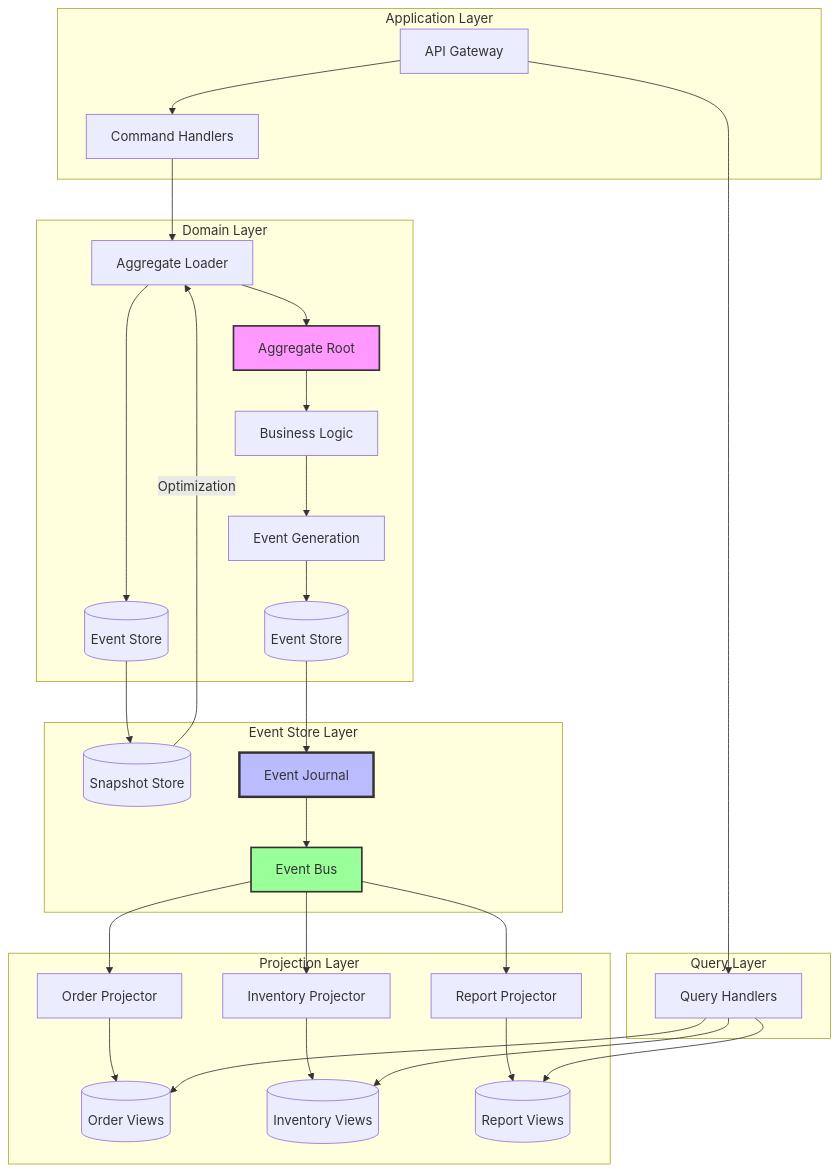
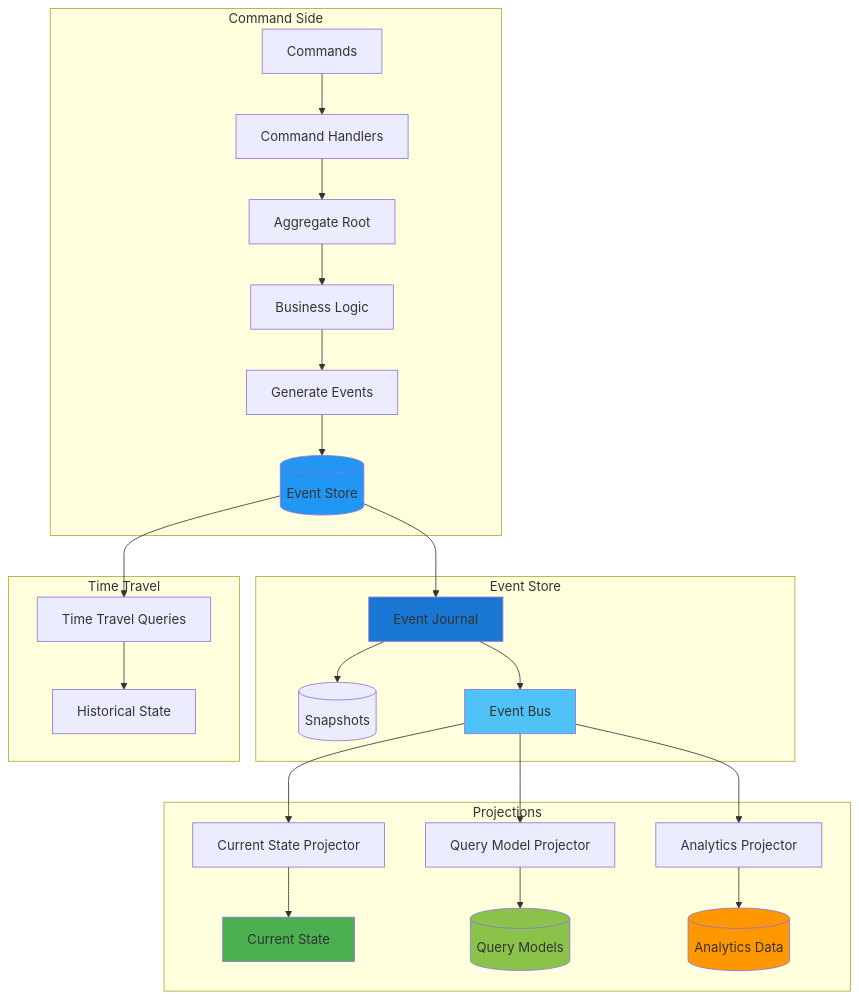
Before and after one commit to deepaucksharma/DStudio: the first of 7 diagrams in docs/patterns/event-sourcing.md, drawn with Mermaid. The commit also changed other lines of this file and 282 other files, not shown here.

````diff
--- a/docs/patterns/event-sourcing.md
+++ b/docs/patterns/event-sourcing.md
@@ -168,45 +54,38 @@
 ```mermaid
 graph TB
-    subgraph "Application Layer"
-        API[API Gateway]
-        API --> CH[Command Handlers]
+    subgraph "Command Side"
+        CMD[Commands] --> CH[Command Handlers]
+        CH --> AR[Aggregate Root]
+        AR --> BL[Business Logic]
+        BL --> EV[Generate Events]
+        EV --> ES[(Event Store)]
     end
     
-    subgraph "Domain Layer"
-        CH --> AL[Aggregate Loader]
-        AL --> ES1[(Event Store)]
-        AL --> AR[Aggregate Root]
-        AR --> BL[Business Logic]
-        BL --> EG[Event Generation]
-        EG --> ES2[(Event Store)]
+    subgraph "Event Store"
+        ES --> EJ[Event Journal]
+        EJ --> SS[(Snapshots)]
+        EJ --> EB[Event Bus]
     end
     
-    subgraph "Event Store Layer"
-        ES1 --> SS[(Snapshot Store)]
-        ES2 --> EJ[Event Journal]
-        EJ --> EB[Event Bus]
-        SS --> |Optimization| AL
+    subgraph "Projections"
+        EB --> P1[Current State Projector]
+        EB --> P2[Query Model Projector]
+        EB --> P3[Analytics Projector]
+        
+        P1 --> CS[Current State]
+        P2 --> QM[(Query Models)]
+        P3 --> AD[(Analytics Data)]
     end
     
-    subgraph "Projection Layer"
-        EB --> PH1[Order Projector]
-        EB --> PH2[Inventory Projector]
-        EB --> PH3[Report Projector]
-        
-        PH1 --> DB1[(Order Views)]
-        PH2 --> DB2[(Inventory Views)]
-        PH3 --> DB3[(Report Views)]
+    subgraph "Time Travel"
+        ES --> TR[Time Travel Queries]
+        TR --> HS[Historical State]
     end
     
-    subgraph "Query Layer"
-        QH[Query Handlers]
-        QH --> DB1
-        QH --> DB2
-        QH --> DB3
-        API --> QH
-    end
-    
-    style EJ fill:#bbf,stroke:#333,stroke-width:3px
-    style AR fill:#f9f,stroke:#333,stroke-width:2px
-    style EB fill:#9f9,stroke:#333,stroke-width:2px
+    style ES fill:#2196f3
+    style EJ fill:#1976d2
+    style EB fill:#4fc3f7
+    style CS fill:#4caf50
+    style QM fill:#8bc34a
+    style AD fill:#ff9800
 ```
````
